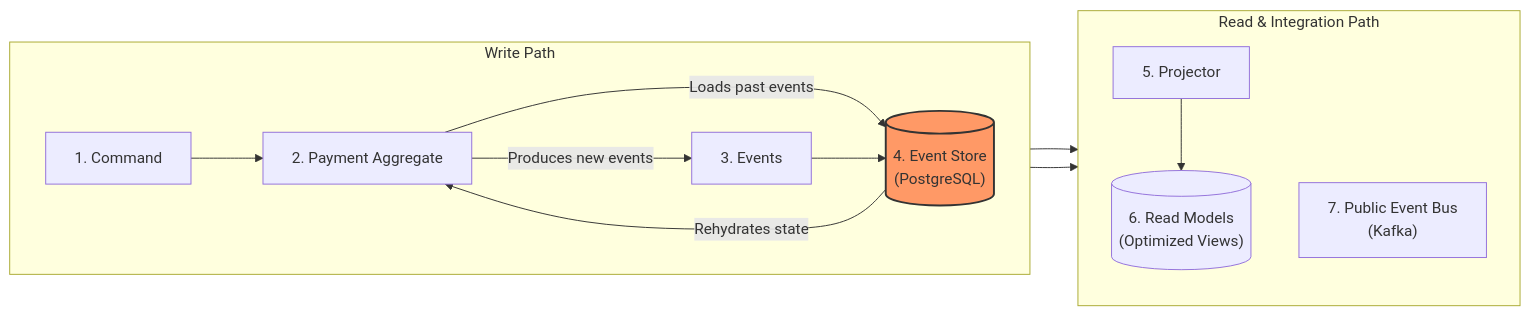
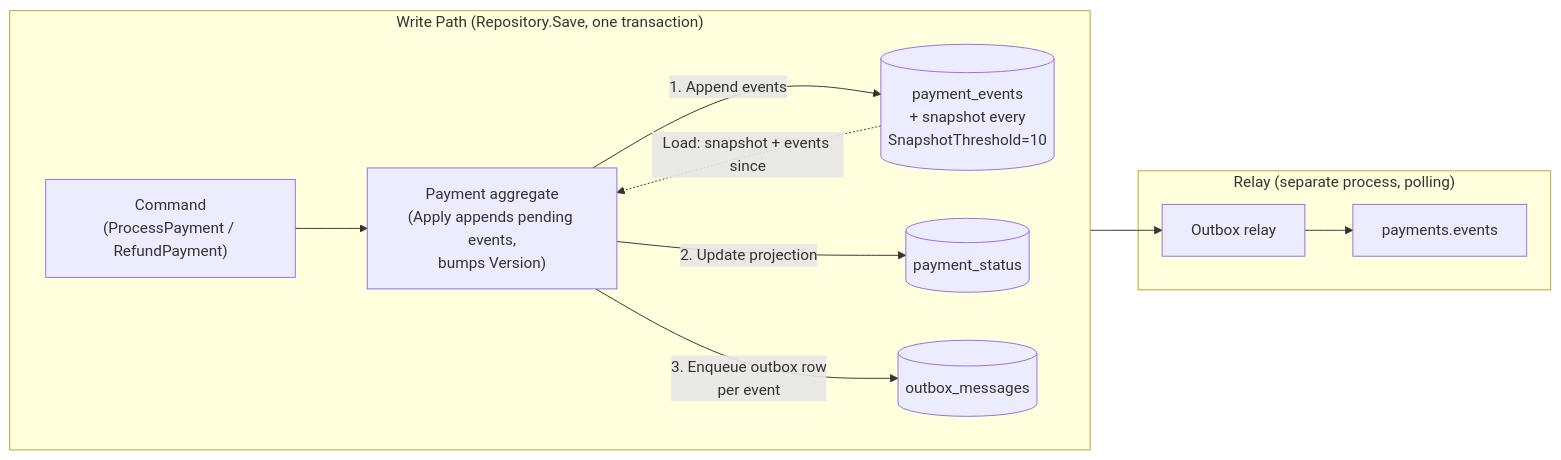
The second of 2 diagrams in docs/architecture/event-sourcing.md (Kalaganov-Konstantin/eventflow-commerce), drawn with Mermaid before and after one commit. The commit also changed other lines of this file and 7 other files, not shown here.

Commit message:
docs: refresh the architecture documents

````diff
--- a/docs/architecture/event-sourcing.md
+++ b/docs/architecture/event-sourcing.md
@@ -62,24 +72,23 @@
 ```mermaid
 graph LR
-    subgraph "Write Path"
+    subgraph "Write Path (Repository.Save, one transaction)"
         direction LR
-        CMD["1. Command"] --> AGG["2. Payment Aggregate"]
-        AGG -- "Loads past events" --> ES
-        ES[("4. Event Store<br/>(PostgreSQL)")] -- "Rehydrates state" --> AGG
-        AGG -- "Produces new events" --> EV["3. Events"]
-        EV --> ES
+        CMD["Command
+(ProcessPayment / RefundPayment)"] --> AGG["Payment aggregate
+(Apply appends pending events,
+bumps Version)"]
+        AGG -- "1. Append events" --> ES[("payment_events
++ snapshot every
+SnapshotThreshold=10")]
+        AGG -- "2. Update projection" --> RM[("payment_status")]
+        AGG -- "3. Enqueue outbox row
+per event" --> OUTBOX[("outbox_messages")]
     end
 
-    subgraph "Read & Integration Path"
-        direction TB
-        PROJ["5. Projector"]
-        KAFKA["7. Public Event Bus<br/>(Kafka)"]
-        RM[("6. Read Models<br/>(Optimized Views)")]
+    subgraph "Relay (separate process, polling)"
+        OUTBOX --> RELAY["Outbox relay"]
+        RELAY --> KAFKA["payments.events"]
     end
 
-    ES --> PROJ
-    PROJ --> RM
-    ES --> KAFKA
-
-    style ES fill:#f96,stroke:#333,stroke-width:2px
+    ES -. "Load: snapshot + events since" .-> AGG
 ```
````
